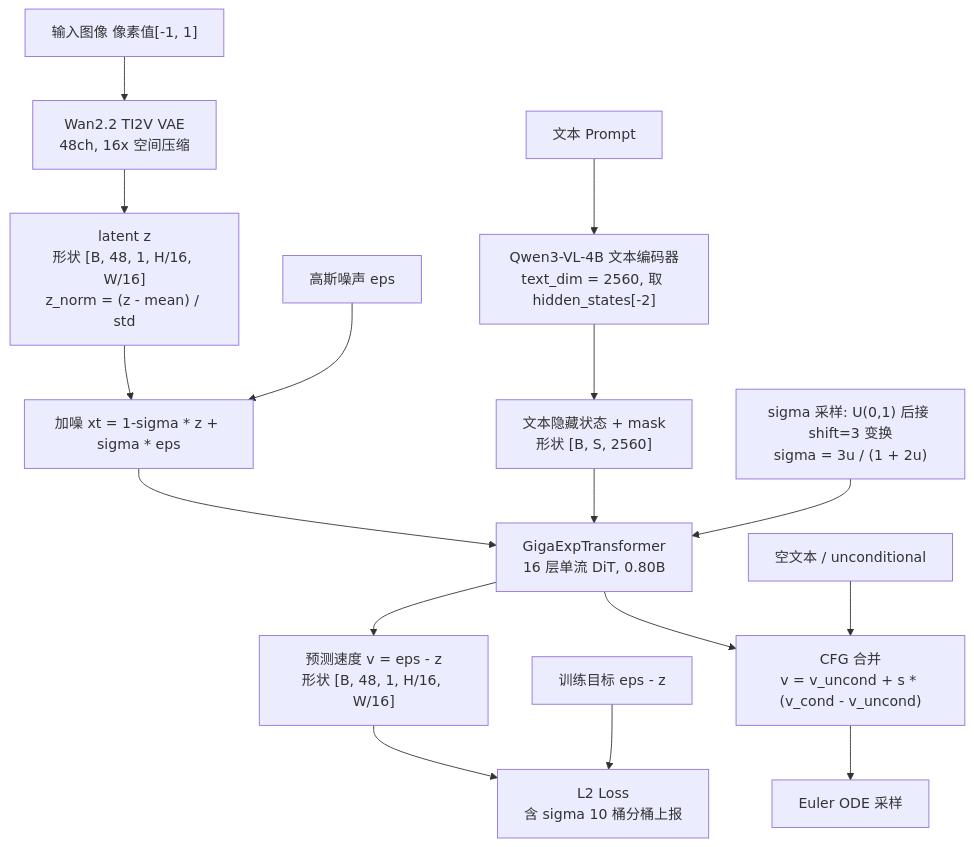
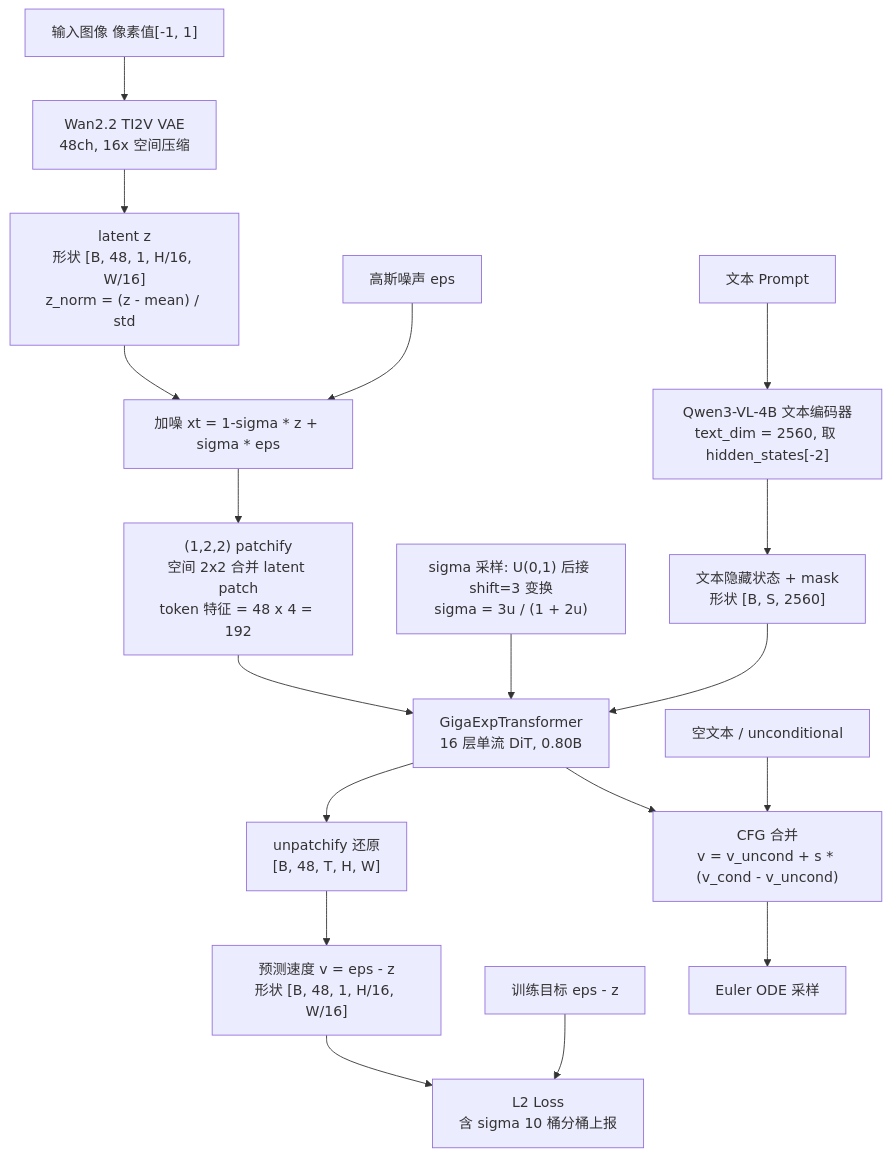
One commit to Yvonne-OH/OpenUniDit changed the first of 3 diagrams in docs/giga_exp_architecture.md. Above: the diagram before and after it, drawn with Mermaid. The commit also changed other lines of this file and 17 other files, not shown here.

````diff
--- a/docs/giga_exp_architecture.md
+++ b/docs/giga_exp_architecture.md
@@ -9,18 +9,20 @@
 ```mermaid
 flowchart TB
     IMG["输入图像 像素值[-1, 1]"] --> VAE["Wan2.2 TI2V VAE<br/>48ch, 16x 空间压缩"]
     VAE --> Z["latent z<br/>形状 [B, 48, 1, H/16, W/16]<br/>z_norm = (z - mean) / std"]
     Z --> XT["加噪 xt = 1-sigma * z + sigma * eps"]
     NOISE["高斯噪声 eps"] --> XT
     P["文本 Prompt"] --> TE["Qwen3-VL-4B 文本编码器<br/>text_dim = 2560, 取 hidden_states[-2]"]
     TE --> TXT["文本隐藏状态 + mask<br/>形状 [B, S, 2560]"]
     SIGMA["sigma 采样: U(0,1) 后接 shift=3 变换<br/>sigma = 3u / (1 + 2u)"] --> DIT
-    XT --> DIT["GigaExpTransformer<br/>16 层单流 DiT, 0.80B"]
+    XT --> PATCH["(1,2,2) patchify<br/>空间 2x2 合并 latent patch<br/>token 特征 = 48 x 4 = 192"]
+    PATCH --> DIT["GigaExpTransformer<br/>16 层单流 DiT, 0.80B"]
     TXT --> DIT
-    DIT --> V_PRED["预测速度 v = eps - z<br/>形状 [B, 48, 1, H/16, W/16]"]
+    DIT --> UNPATCH["unpatchify 还原<br/>[B, 48, T, H, W]"]
+    UNPATCH --> V_PRED["预测速度 v = eps - z<br/>形状 [B, 48, 1, H/16, W/16]"]
     TARGET["训练目标 eps - z"] --> LOSS["L2 Loss<br/>含 sigma 10 桶分桶上报"]
     V_PRED --> LOSS
     NEG["空文本 / unconditional"] --> CFG["CFG 合并<br/>v = v_uncond + s * (v_cond - v_uncond)"]
     DIT --> CFG
     CFG --> SAMPLE["Euler ODE 采样"]
 ```
````
